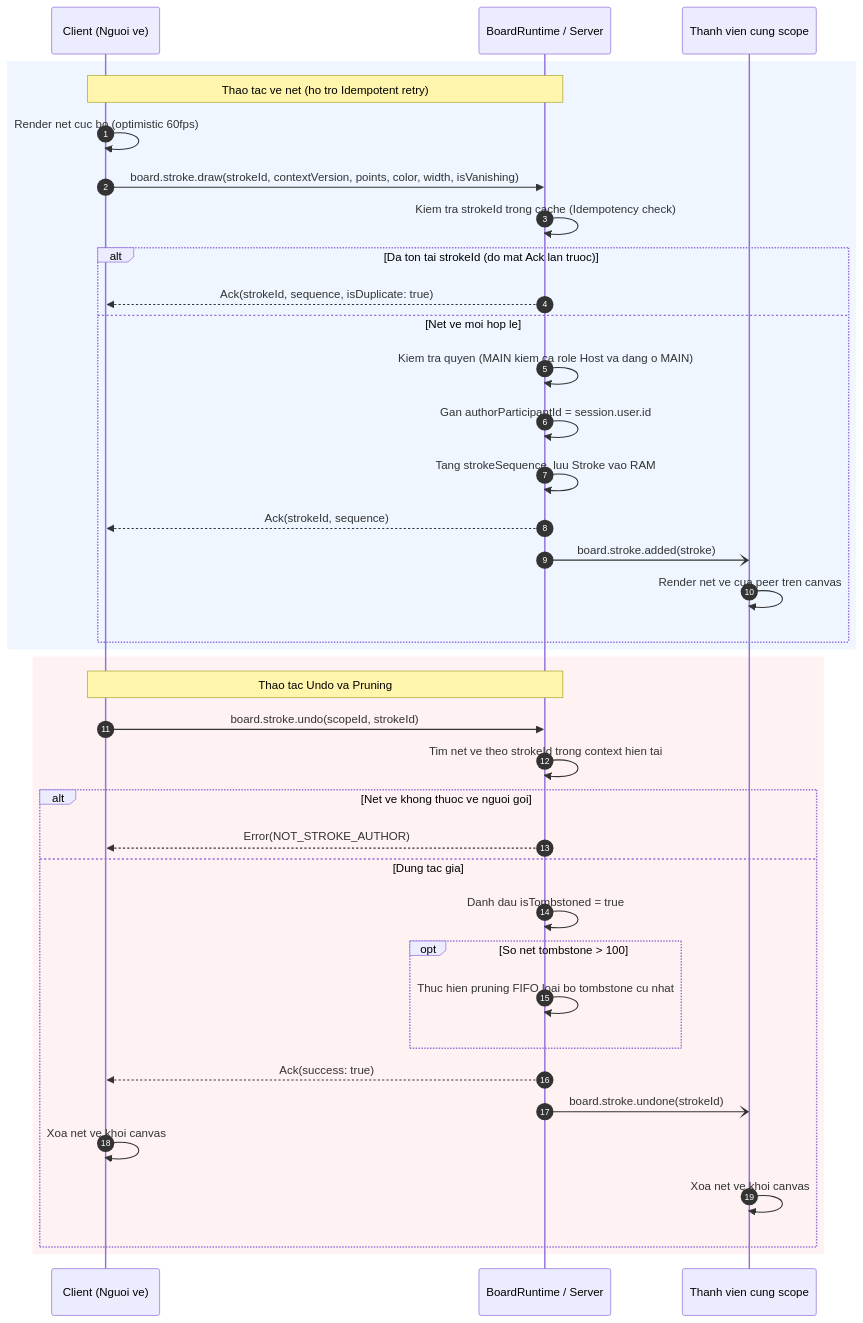
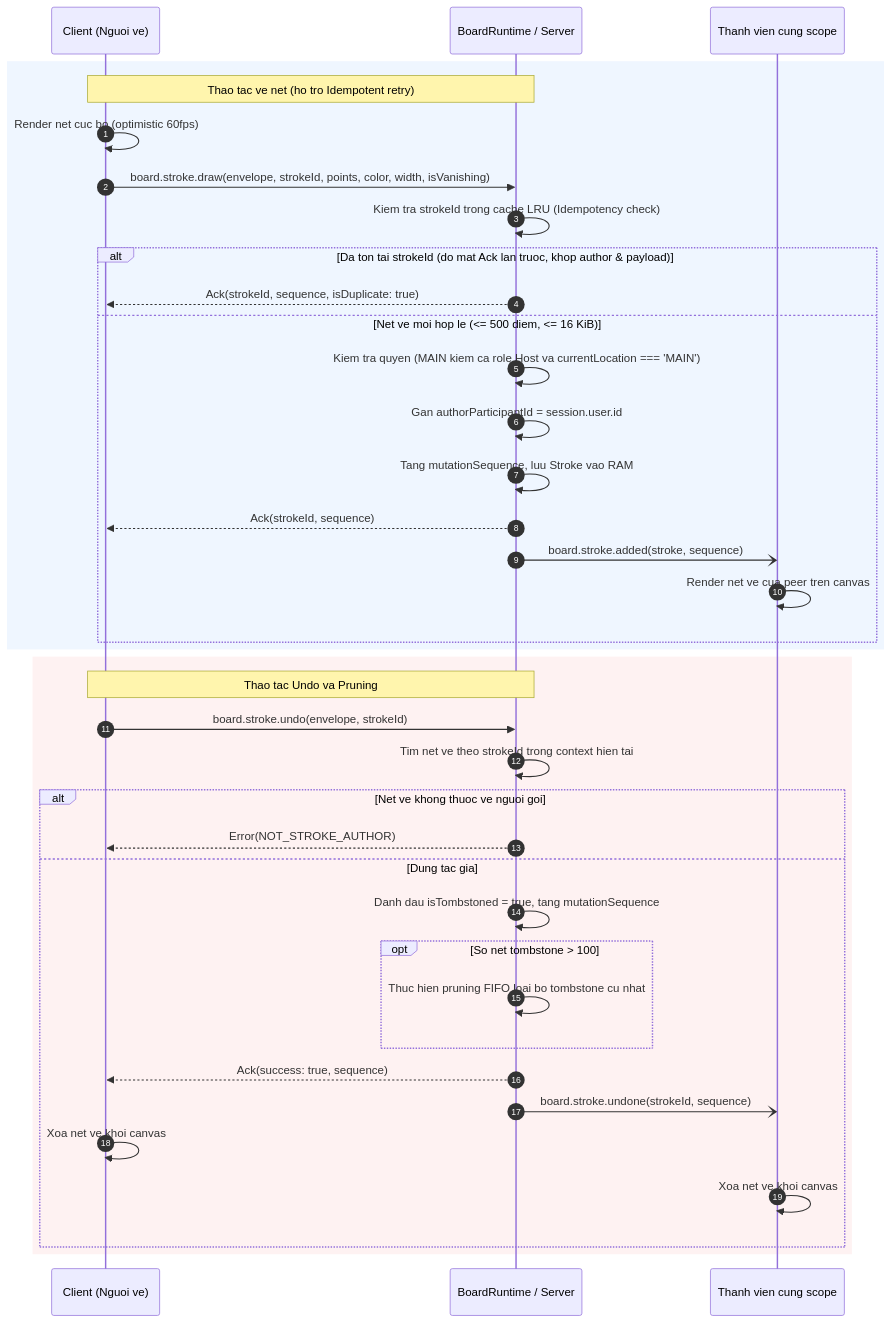
Before and after one commit to Lightning1507/CoLearnia: the seventh of 13 diagrams in docs/proposals/m5-board.md, drawn with Mermaid. The commit also changed other lines of this file, not shown here.

Commit message:
docs(board): address collaborator review on files schema, sync, permissions, and wbs

````diff
--- a/docs/proposals/m5-board.md
+++ b/docs/proposals/m5-board.md
@@ -648,42 +676,42 @@
 ```mermaid
 sequenceDiagram
-autonumber
-participant C as Client (Nguoi ve)
-participant S as BoardRuntime / Server
-participant P as Thanh vien cung scope
+  autonumber
+  participant C as Client (Nguoi ve)
+  participant S as BoardRuntime / Server
+  participant P as Thanh vien cung scope
 
-rect rgb(239, 246, 255)
-Note over C,S: Thao tac ve net (ho tro Idempotent retry)
-C->>C: Render net cuc bo (optimistic 60fps)
-C->>S: board.stroke.draw(strokeId, contextVersion, points, color, width, isVanishing)
-S->>S: Kiem tra strokeId trong cache (Idempotency check)
-alt Da ton tai strokeId (do mat Ack lan truoc)
-S-->>C: Ack(strokeId, sequence, isDuplicate: true)
-else Net ve moi hop le
-S->>S: Kiem tra quyen (MAIN kiem ca role Host va dang o MAIN)
-S->>S: Gan authorParticipantId = session.user.id
-S->>S: Tang strokeSequence, luu Stroke vao RAM
-S-->>C: Ack(strokeId, sequence)
-S-)P: board.stroke.added(stroke)
-P->>P: Render net ve cua peer tren canvas
-end
-end
+  rect rgb(239, 246, 255)
+    Note over C,S: Thao tac ve net (ho tro Idempotent retry)
+    C->>C: Render net cuc bo (optimistic 60fps)
+    C->>S: board.stroke.draw(envelope, strokeId, points, color, width, isVanishing)
+    S->>S: Kiem tra strokeId trong cache LRU (Idempotency check)
+    alt Da ton tai strokeId (do mat Ack lan truoc, khop author & payload)
+      S-->>C: Ack(strokeId, sequence, isDuplicate: true)
+    else Net ve moi hop le (<= 500 diem, <= 16 KiB)
+      S->>S: Kiem tra quyen (MAIN kiem ca role Host va currentLocation === 'MAIN')
+      S->>S: Gan authorParticipantId = session.user.id
+      S->>S: Tang mutationSequence, luu Stroke vao RAM
+      S-->>C: Ack(strokeId, sequence)
+      S-)P: board.stroke.added(stroke, sequence)
+      P->>P: Render net ve cua peer tren canvas
+    end
+  end
 
-rect rgb(254, 242, 242)
-Note over C,S: Thao tac Undo va Pruning
-C->>S: board.stroke.undo(scopeId, strokeId)
-S->>S: Tim net ve theo strokeId trong context hien tai
-alt Net ve khong thuoc ve nguoi goi
-S-->>C: Error(NOT_STROKE_AUTHOR)
-else Dung tac gia
-S->>S: Danh dau isTombstoned = true
-opt So net tombstone > 100
-S->>S: Thuc hien pruning FIFO loai bo tombstone cu nhat
-end
-S-->>C: Ack(success: true)
-S-)P: board.stroke.undone(strokeId)
-C->>C: Xoa net ve khoi canvas
-P->>P: Xoa net ve khoi canvas
-end
-end
+  rect rgb(254, 242, 242)
+    Note over C,S: Thao tac Undo va Pruning
+    C->>S: board.stroke.undo(envelope, strokeId)
+    S->>S: Tim net ve theo strokeId trong context hien tai
+    alt Net ve khong thuoc ve nguoi goi
+      S-->>C: Error(NOT_STROKE_AUTHOR)
+    else Dung tac gia
+      S->>S: Danh dau isTombstoned = true, tang mutationSequence
+      opt So net tombstone > 100
+        S->>S: Thuc hien pruning FIFO loai bo tombstone cu nhat
+      end
+      S-->>C: Ack(success: true, sequence)
+      S-)P: board.stroke.undone(strokeId, sequence)
+      C->>C: Xoa net ve khoi canvas
+      P->>P: Xoa net ve khoi canvas
+    end
+  end
 ```
````
